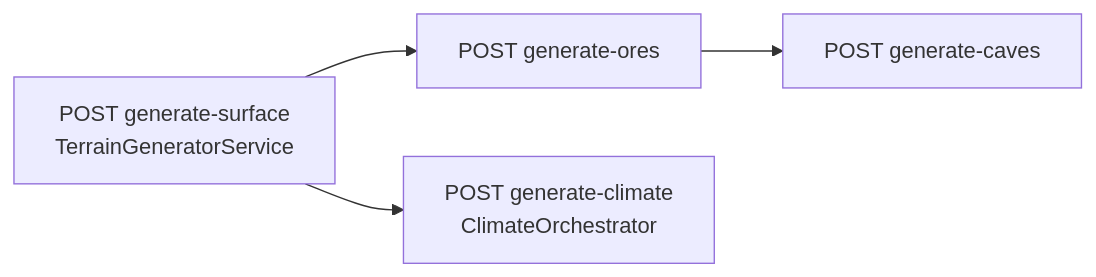
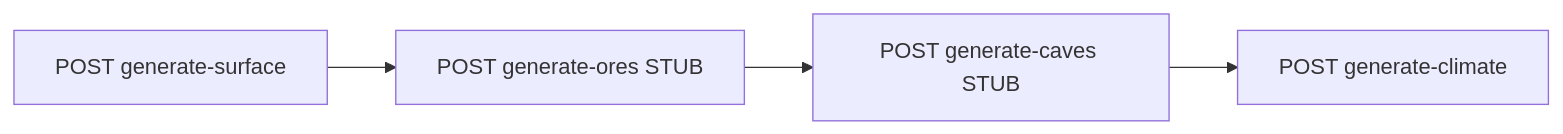
Before and after one commit to AndrewBondaren/AI-Project: the sixth of 7 diagrams in docs/tz_terrain_generation.md, drawn with Mermaid. The commit also changed other lines of this file and 8 other files, not shown here.

````diff
--- a/docs/tz_terrain_generation.md
+++ b/docs/tz_terrain_generation.md
@@ -446,10 +478,9 @@
 ```mermaid
 flowchart LR
-  S["POST generate-surface\nTerrainGeneratorService"]
-  O["POST generate-ores"]
-  C["POST generate-caves"]
-  CL["POST generate-climate\nClimateOrchestrator"]
+  S["POST generate-surface"]
+  O["POST generate-ores STUB"]
+  C["POST generate-caves STUB"]
+  CL["POST generate-climate"]
 
-  S --> O --> C
-  S --> CL
+  S --> O --> C --> CL
 ```
````
